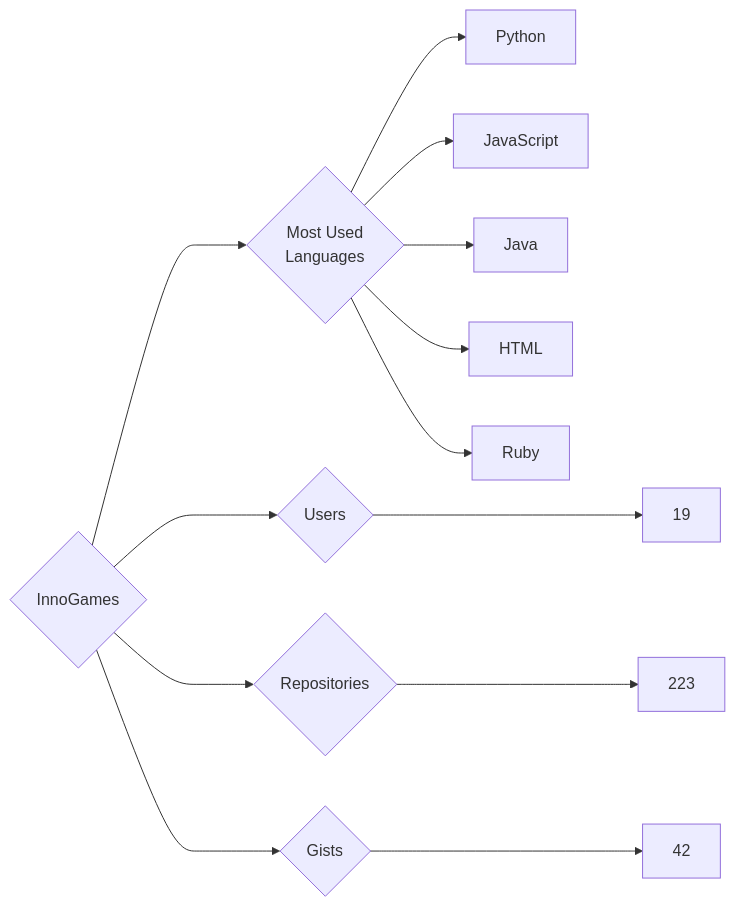
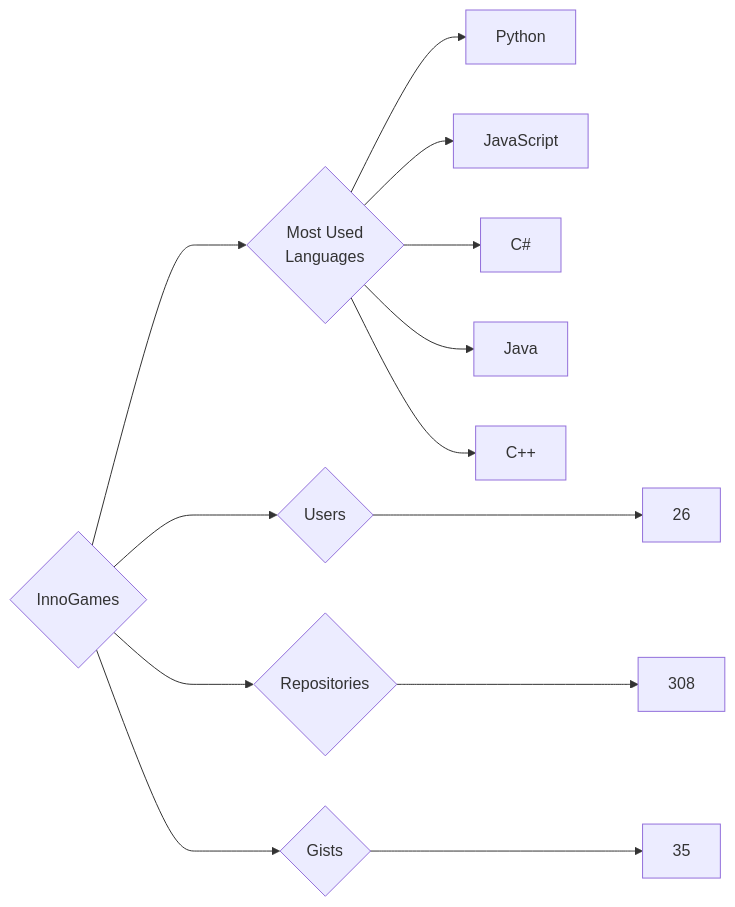
One commit to trickest/insiders changed the diagram in targets/InnoGames/README.md. Above: the diagram before and after it, drawn with Mermaid. The commit also changed 930 other files, not shown here.

````diff
--- a/targets/InnoGames/README.md
+++ b/targets/InnoGames/README.md
@@ -3,13 +3,13 @@
 ```mermaid
 graph LR
 COMPANY_NAME{InnoGames}
-COMPANY_NAME ---> U{Users} ---> UN[19]
-COMPANY_NAME ---> R{Repositories} ---> RN[223]
-COMPANY_NAME ---> G{Gists} ---> GN[42]
+COMPANY_NAME ---> U{Users} ---> UN[26]
+COMPANY_NAME ---> R{Repositories} ---> RN[308]
+COMPANY_NAME ---> G{Gists} ---> GN[35]
 COMPANY_NAME ---> ML{Most Used<br>Languages}
 ML --> Python[Python]
 ML --> JavaScript[JavaScript]
+ML --> C#[C#]
 ML --> Java[Java]
-ML --> HTML[HTML]
-ML --> Ruby[Ruby]
+ML --> C++[C++]
 ```
````
